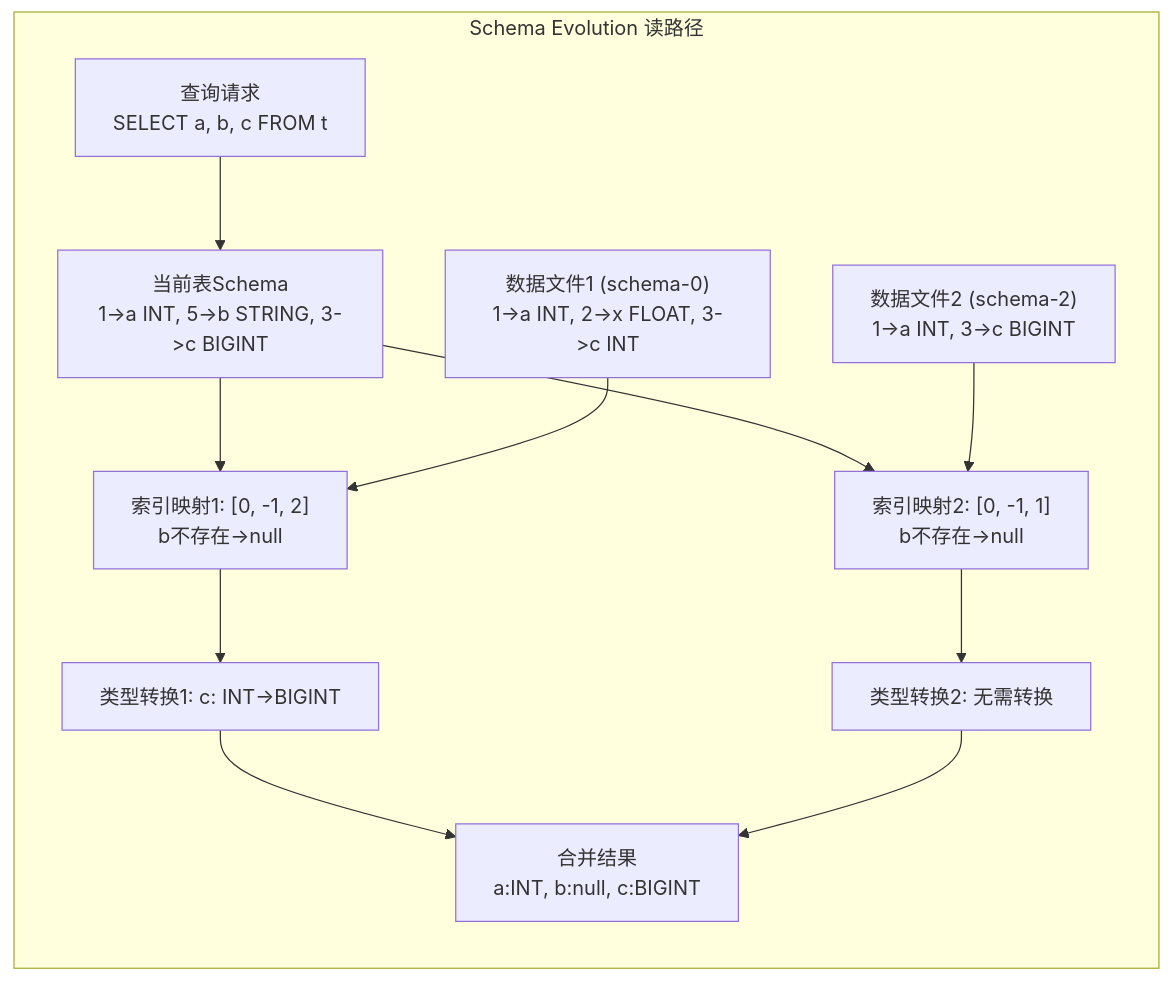
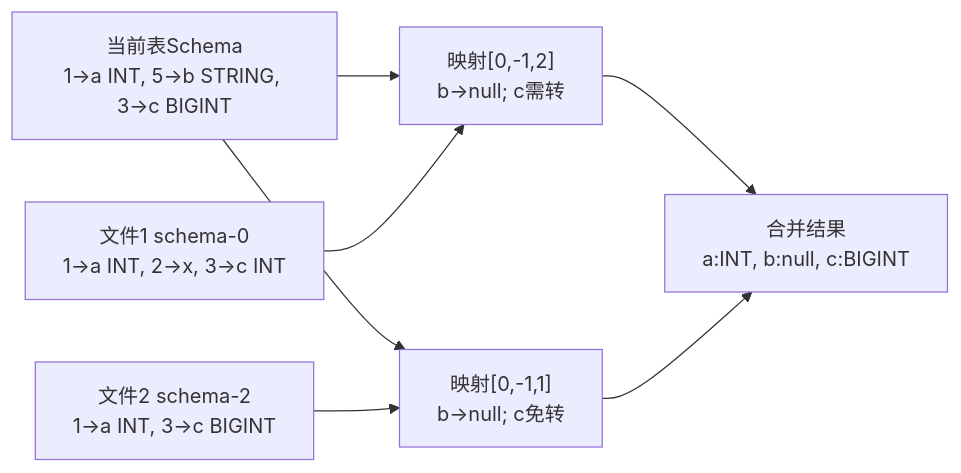
One commit to gnikgnaw/paimon changed the second of 2 diagrams in source-analysis/22-Schema演进机制深度分析.md. Above: the diagram before and after it, drawn with Mermaid. The commit also changed other lines of this file and 208 other files, not shown here.

````diff
--- a/source-analysis/22-Schema演进机制深度分析.md
+++ b/source-analysis/22-Schema演进机制深度分析.md
@@ -2688,28 +839,13 @@
 ```mermaid
 graph LR
-    subgraph "Schema Evolution 读路径"
-        direction TB
-        Q["查询请求<br>SELECT a, b, c FROM t"]
-        TS["当前表Schema<br>1->a INT, 5->b STRING, 3->c BIGINT"]
-        DF1["数据文件1 (schema-0)<br>1->a INT, 2->x FLOAT, 3->c INT"]
-        DF2["数据文件2 (schema-2)<br>1->a INT, 3->c BIGINT"]
-        
-        IM1["索引映射1: [0, -1, 2]<br>b不存在→null"]
-        IM2["索引映射2: [0, -1, 1]<br>b不存在→null"]
-        
-        CM1["类型转换1: c: INT→BIGINT"]
-        CM2["类型转换2: 无需转换"]
-        
-        R["合并结果<br>a:INT, b:null, c:BIGINT"]
-    end
-    
-    Q --> TS
+    TS["当前表Schema<br>1→a INT, 5→b STRING, 3→c BIGINT"]
+    DF1["文件1 schema-0<br>1→a INT, 2→x, 3→c INT"]
+    DF2["文件2 schema-2<br>1→a INT, 3→c BIGINT"]
+    IM1["映射[0,-1,2]<br>b→null; c需转"]
+    IM2["映射[0,-1,1]<br>b→null; c免转"]
+    R["合并结果<br>a:INT, b:null, c:BIGINT"]
     TS --> IM1
     TS --> IM2
-    DF1 --> IM1
-    DF2 --> IM2
-    IM1 --> CM1
-    IM2 --> CM2
-    CM1 --> R
-    CM2 --> R
+    DF1 --> IM1 --> R
+    DF2 --> IM2 --> R
 ```
````
